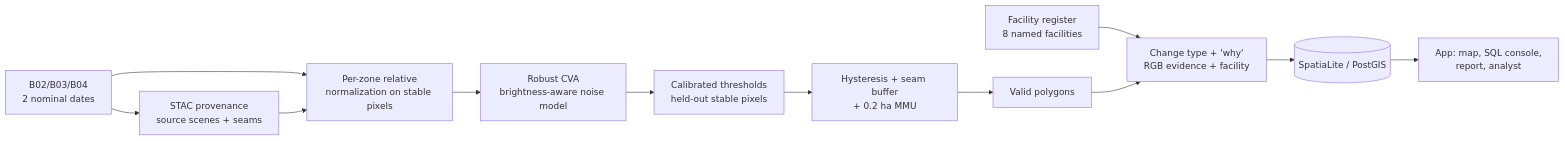
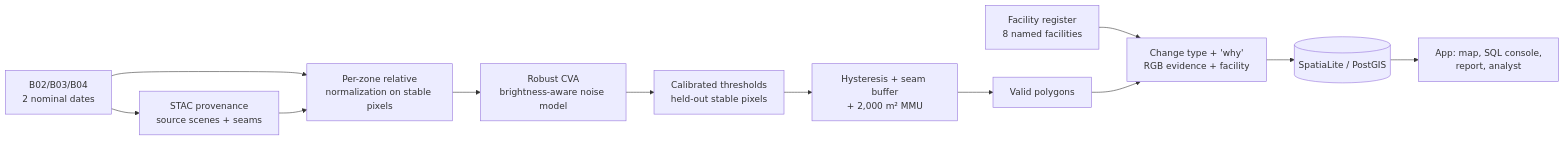
The diagram in README.md (dzakybd/s2change), drawn with Mermaid before and after one commit. The commit also changed other lines of this file and 69 other files, not shown here.

````diff
--- a/README.md
+++ b/README.md
@@ -41,14 +41,14 @@
 ```mermaid
 flowchart LR
   A[B02/B03/B04<br/>2 nominal dates] --> P[STAC provenance<br/>source scenes + seams]
   A --> N[Per-zone relative<br/>normalization on stable pixels]
   P --> N
   N --> C[Robust CVA<br/>brightness-aware noise model]
   C --> K[Calibrated thresholds<br/>held-out stable pixels]
-  K --> B[Hysteresis + seam buffer<br/>+ 0.2 ha MMU]
+  K --> B[Hysteresis + seam buffer<br/>+ 2,000 m² MMU]
   B --> V[Valid polygons]
   R[Facility register<br/>8 named facilities] --> T
   V --> T[Change type + 'why'<br/>RGB evidence + facility]
   T --> D[(SpatiaLite / PostGIS)]
   D --> W[App: map, SQL console,<br/>report, analyst]
 ```
````
